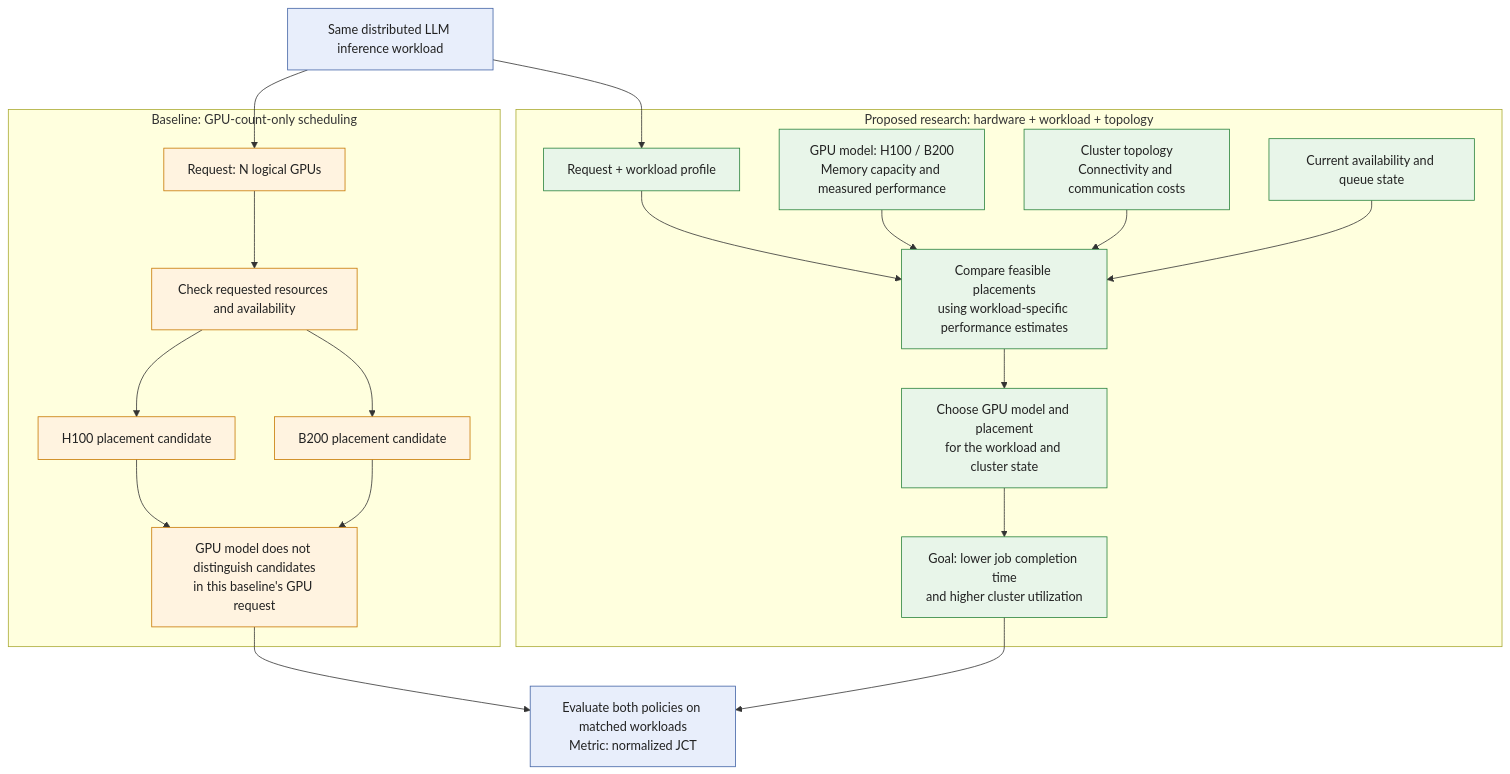
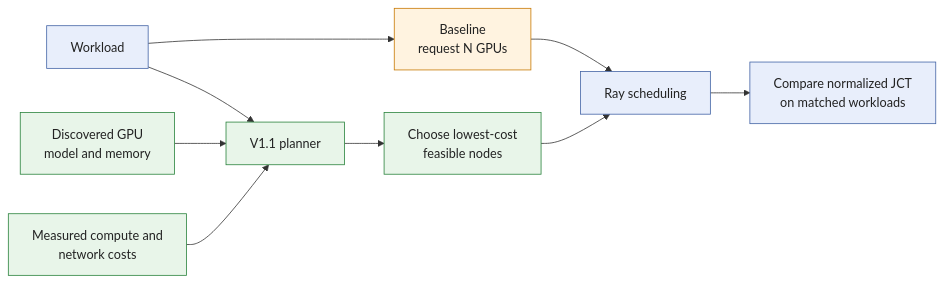
Before and after one commit to LawrenceL05/topology-aware-gpu-scheduling: the diagram in README.md, drawn with Mermaid. The commit also changed other lines of this file and 1 other file, not shown here.

Commit message:
Refine scheduling overview and document V1.1 workflow

````diff
--- a/README.md
+++ b/README.md
@@ -26,38 +28,18 @@
 ```mermaid
-flowchart TB
-    W["Same distributed LLM inference workload"]
-    W --> B
-    W --> P
+flowchart LR
+    W[Workload] --> B["Baseline<br/>request N GPUs"]
+    W --> P["V1.1 planner"]
+    H["Discovered GPU<br/>model and memory"] --> P
+    T["Measured compute and<br/>network costs"] --> P
+    B --> R[Ray scheduling]
+    P --> C[Choose lowest-cost<br/>feasible nodes]
+    C --> R
+    R --> E[Compare normalized JCT<br/>on matched workloads]
 
-    subgraph BASE["Baseline: GPU-count-only scheduling"]
-        B["Request: N logical GPUs"]
-        B --> BF["Check requested resources and availability"]
-        BF --> BH["H100 placement candidate"]
-        BF --> BB["B200 placement candidate"]
-        BH --> BO["GPU model does not distinguish candidates<br/>in this baseline's GPU request"]
-        BB --> BO
-    end
-
-    subgraph PROP["Proposed research: hardware + workload + topology"]
-        P["Request + workload profile"]
-        H["GPU model: H100 / B200<br/>Memory capacity and measured performance"]
-        T["Cluster topology<br/>Connectivity and communication costs"]
-        Q["Current availability and queue state"]
-        P --> S["Compare feasible placements<br/>using workload-specific performance estimates"]
-        H --> S
-        T --> S
-        Q --> S
-        S --> C["Choose GPU model and placement<br/>for the workload and cluster state"]
-        C --> O["Goal: lower job completion time<br/>and higher cluster utilization"]
-    end
-
-    BO --> E["Evaluate both policies on matched workloads<br/>Metric: normalized JCT"]
-    O --> E
-
-    classDef baseline fill:#fff3e0,stroke:#c77800,color:#222;
-    classDef proposed fill:#e8f5e9,stroke:#28823b,color:#222;
-    classDef shared fill:#e8eefb,stroke:#4263a5,color:#222;
-    class B,BF,BH,BB,BO baseline;
-    class P,H,T,Q,S,C,O proposed;
-    class W,E shared;
+    classDef baseline fill:#fff3e0,stroke:#c77800,color:#222
+    classDef proposed fill:#e8f5e9,stroke:#28823b,color:#222
+    classDef shared fill:#e8eefb,stroke:#4263a5,color:#222
+    class B baseline
+    class P,H,T,C proposed
+    class W,R,E shared
 ```
````
